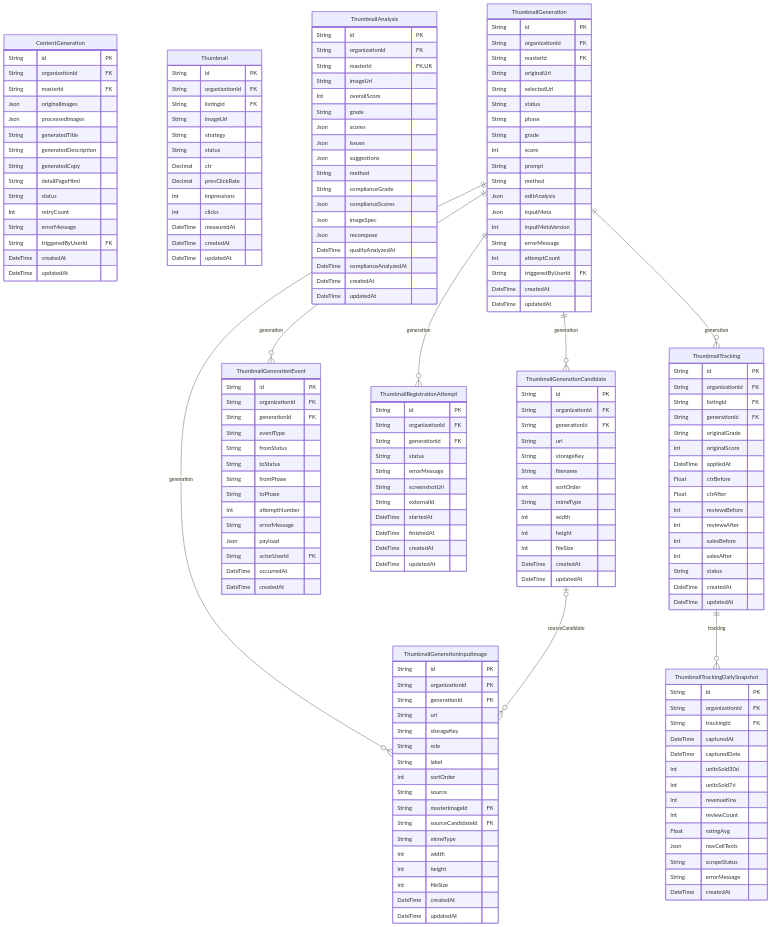
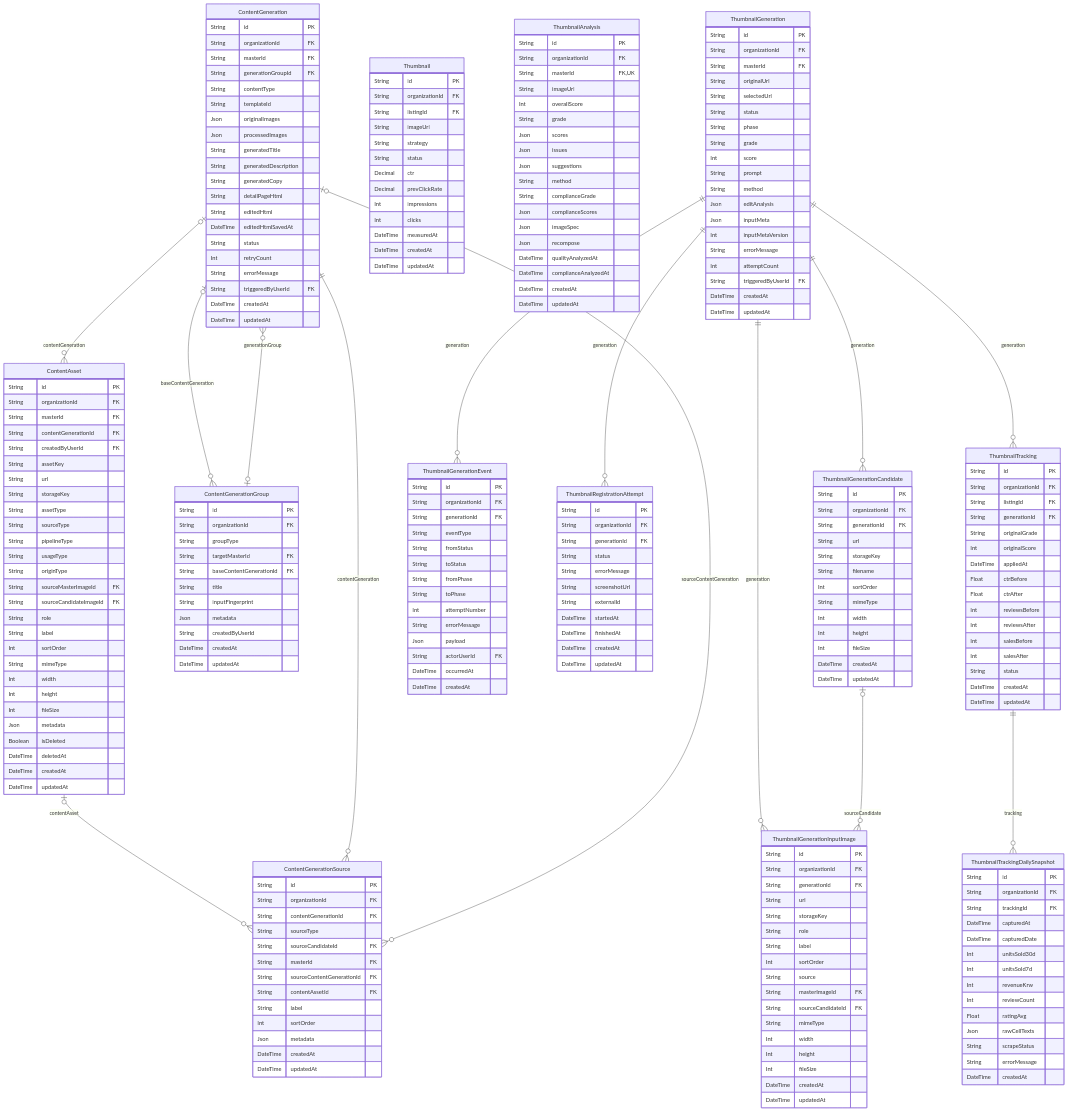
One commit to AgentFoundry-Labs/kiditem changed the diagram in docs/erd/ai.md. Above: the diagram before and after it, drawn with Mermaid. The commit also changed other lines of this file and 57 other files, not shown here.

````diff
--- a/docs/erd/ai.md
+++ b/docs/erd/ai.md
@@ -25,19 +28,81 @@
 ```mermaid
 erDiagram
+  ContentAsset {
+    String id PK
+    String organizationId FK
+    String masterId FK
+    String contentGenerationId FK
+    String createdByUserId FK
+    String assetKey
+    String url
+    String storageKey
+    String assetType
+    String sourceType
+    String pipelineType
+    String usageType
+    String originType
+    String sourceMasterImageId FK
+    String sourceCandidateImageId FK
+    String role
+    String label
+    Int sortOrder
+    String mimeType
+    Int width
+    Int height
+    Int fileSize
+    Json metadata
+    Boolean isDeleted
+    DateTime deletedAt
+    DateTime createdAt
+    DateTime updatedAt
+  }
   ContentGeneration {
     String id PK
     String organizationId FK
     String masterId FK
+    String generationGroupId FK
+    String contentType
+    String templateId
     Json originalImages
     Json processedImages
     String generatedTitle
     String generatedDescription
     String generatedCopy
     String detailPageHtml
+    String editedHtml
+    DateTime editedHtmlSavedAt
     String status
     Int retryCount
     String errorMessage
     String triggeredByUserId FK
+    DateTime createdAt
+    DateTime updatedAt
+  }
+  ContentGenerationGroup {
+    String id PK
+    String organizationId FK
+    String groupType
+    String targetMasterId FK
+    String baseContentGenerationId FK
+    String title
+    String inputFingerprint
+    Json metadata
+    String createdByUserId
+    DateTime createdAt
+    DateTime updatedAt
+  }
+  ContentGenerationSource {
+    String id PK
+    String organizationId FK
+    String contentGenerationId FK
+    String sourceType
+    String sourceCandidateId FK
+    String masterId FK
+    String sourceContentGenerationId FK
+    String contentAssetId FK
+    String label
+    Int sortOrder
+    Json metadata
     DateTime createdAt
     DateTime updatedAt
   }
@@ -194,6 +259,12 @@
     String errorMessage
     DateTime createdAt
   }
+  ContentAsset o|--o{ ContentGenerationSource : "contentAsset"
+  ContentGeneration o|--o{ ContentAsset : "contentGeneration"
+  ContentGeneration o|--o{ ContentGenerationGroup : "baseContentGeneration"
+  ContentGeneration ||--o{ ContentGenerationSource : "contentGeneration"
+  ContentGeneration o|--o{ ContentGenerationSource : "sourceContentGeneration"
+  ContentGenerationGroup o|--o{ ContentGeneration : "generationGroup"
   ThumbnailGeneration ||--o{ ThumbnailGenerationCandidate : "generation"
   ThumbnailGeneration ||--o{ ThumbnailGenerationEvent : "generation"
   ThumbnailGeneration ||--o{ ThumbnailGenerationInputImage : "generation"
````
